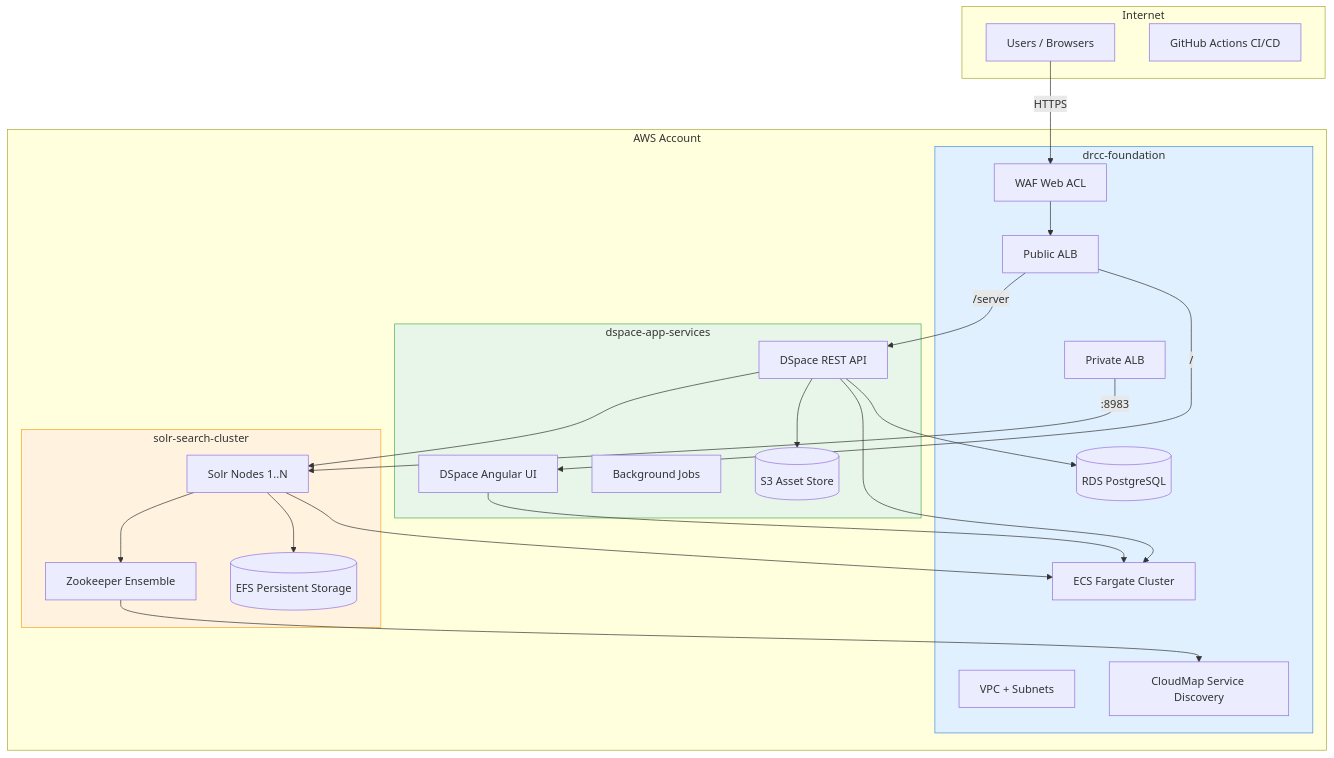
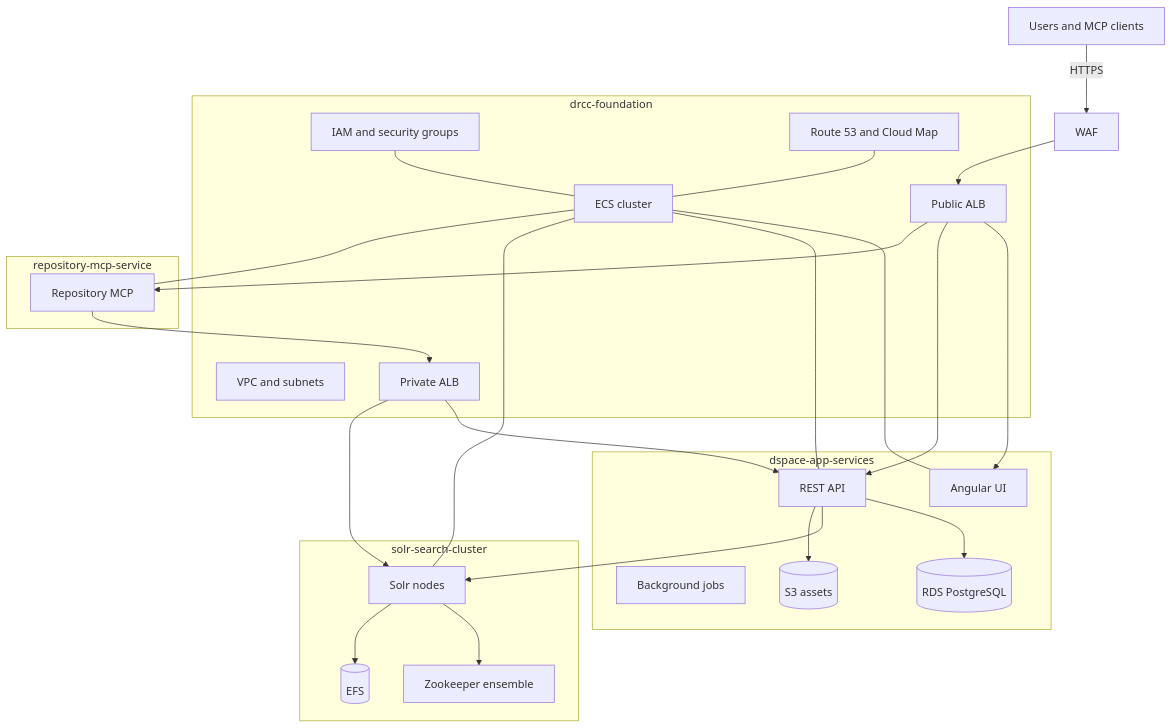
The diagram in README.md (jhu-library-devops/terraform-aws-jhu-drcc), drawn with Mermaid before and after one commit. The commit also changed other lines of this file and 69 other files, not shown here.

Commit message:
Enhance WAF, ALB settings, and introduce repository-mcp module (#20)

````diff
--- a/README.md
+++ b/README.md
@@ -16,50 +18,50 @@
 ```mermaid
 graph TB
-    subgraph Internet
-        Users[Users / Browsers]
-        GH[GitHub Actions CI/CD]
+    Users[Users and MCP clients] -->|HTTPS| WAF[WAF]
+    WAF --> PublicALB[Public ALB]
+
+    subgraph Foundation[drcc-foundation]
+        VPC[VPC and subnets]
+        ECS[ECS cluster]
+        PublicALB
+        PrivateALB[Private ALB]
+        IAM[IAM and security groups]
+        DNS[Route 53 and Cloud Map]
     end
 
-    subgraph AWS["AWS Account"]
-        subgraph Foundation["drcc-foundation"]
-            VPC[VPC + Subnets]
-            PubALB[Public ALB]
-            PrivALB[Private ALB]
-            ECS[ECS Fargate Cluster]
-            RDS[(RDS PostgreSQL)]
-            WAF[WAF Web ACL]
-            CloudMap[CloudMap Service Discovery]
-        end
-
-        subgraph Solr["solr-search-cluster"]
-            SolrNodes[Solr Nodes 1..N]
-            ZKNodes[Zookeeper Ensemble]
-            SolrEFS[(EFS Persistent Storage)]
-        end
-
-        subgraph DSpace["dspace-app-services"]
-            Angular[DSpace Angular UI]
-            API[DSpace REST API]
-            Jobs[Background Jobs]
-            S3[(S3 Asset Store)]
-        end
+    subgraph DSpace[dspace-app-services]
+        UI[Angular UI]
+        API[REST API]
+        Jobs[Background jobs]
+        RDS[(RDS PostgreSQL)]
+        Assets[(S3 assets)]
     end
 
-    Users -->|HTTPS| WAF --> PubALB
-    PubALB -->|/| Angular
-    PubALB -->|/server| API
-    PrivALB -->|:8983| SolrNodes
+    subgraph Search[solr-search-cluster]
+        Solr[Solr nodes]
+        ZK[Zookeeper ensemble]
+        EFS[(EFS)]
+    end
+
+    subgraph MCPService[repository-mcp-service]
+        MCP[Repository MCP]
+    end
+
+    PublicALB --> UI
+    PublicALB --> API
+    PublicALB --> MCP
+    PrivateALB --> API
+    PrivateALB --> Solr
     API --> RDS
-    API --> SolrNodes
-    API --> S3
-    SolrNodes --> ZKNodes
-    SolrNodes --> SolrEFS
-    ZKNodes --> CloudMap
-    Angular --> ECS
-    API --> ECS
-    SolrNodes --> ECS
-
-    style Foundation fill:#e1f0ff,stroke:#4a90d9
-    style Solr fill:#fff3e0,stroke:#f5a623
-    style DSpace fill:#e8f5e9,stroke:#4caf50
+    API --> Solr
+    API --> Assets
+    Solr --> ZK
+    Solr --> EFS
+    MCP --> PrivateALB
+    ECS --- UI
+    ECS --- API
+    ECS --- Solr
+    ECS --- MCP
+    DNS --- ECS
+    IAM --- ECS
 ```
````
